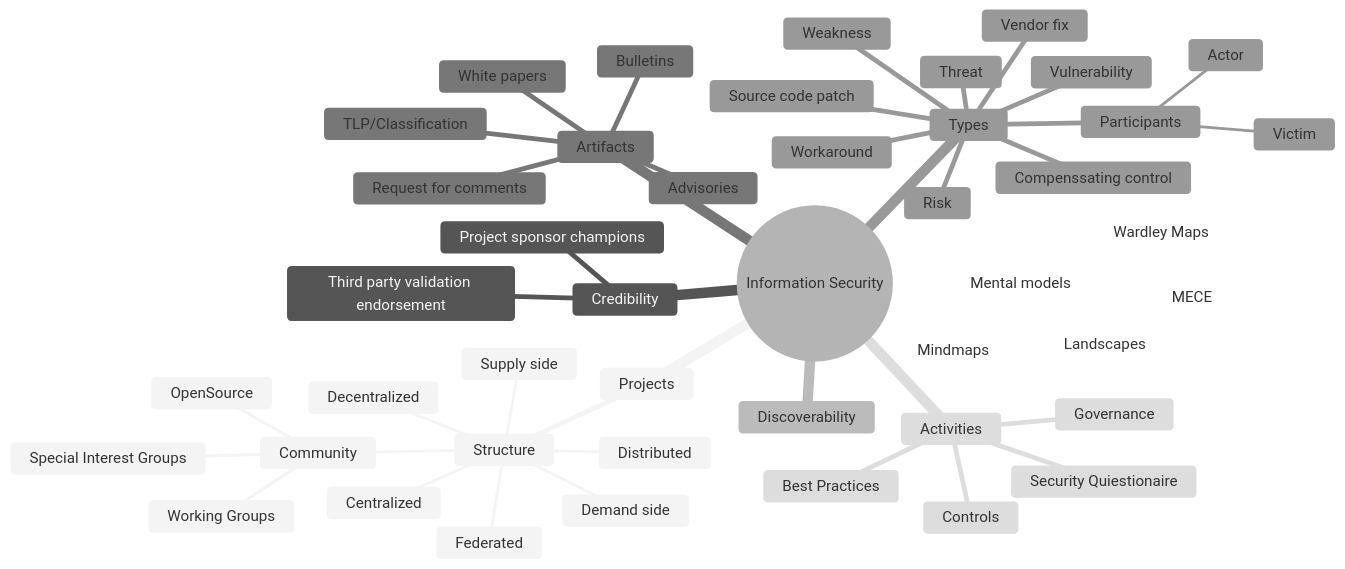
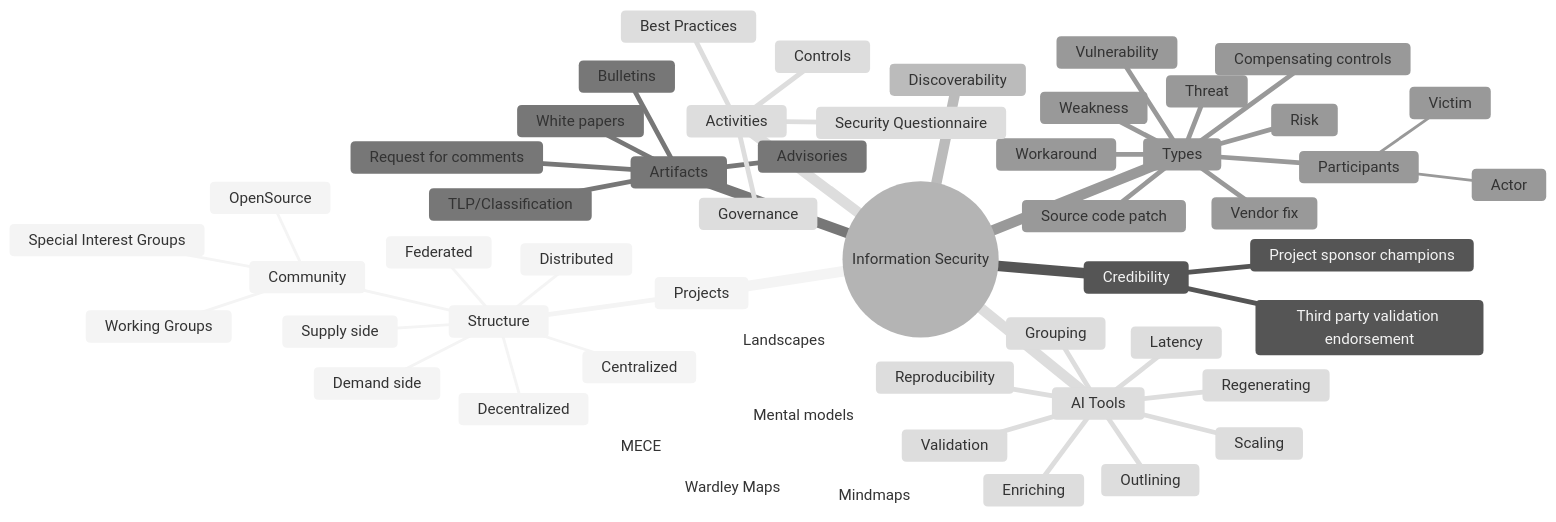
One commit to kurtseifried/wardley-maps changed the diagram in security/security-information-projects.md. Above: the diagram before and after it, drawn with Mermaid (neutral theme).

````diff
--- a/security/security-information-projects.md
+++ b/security/security-information-projects.md
@@ -1,48 +1,57 @@
 ```mermaid
 mindmap
   root((Information Security))
     Projects
       Structure
         Centralized
         Decentralized
         Federated
         Distributed
         Supply side
         Demand side
         Community
           OpenSource
           Working Groups
           Special Interest Groups
     Credibility
       Third party validation endorsement
       Project sponsor champions
     Discoverability
     Artifacts
       White papers
       Request for comments
       Advisories
       Bulletins
       TLP/Classification
     Types
       Vulnerability
       Threat
       Risk
       Weakness
       Workaround
-      Compenssating control
+      Compensating controls
       Vendor fix
       Source code patch
       Participants
         Actor
         Victim
     Activities
       Governance
       Controls
       Best Practices
-      Security Quiestionaire 
+      Security Questionnaire 
     Mental models
       Mindmaps
       Wardley Maps
       MECE
       Landscapes
+    AI Tools
+      Latency
+      Scaling
+      Reproducibility
+      Validation
+      Regenerating
+      Outlining
+      Grouping
+      Enriching
 ```
````
